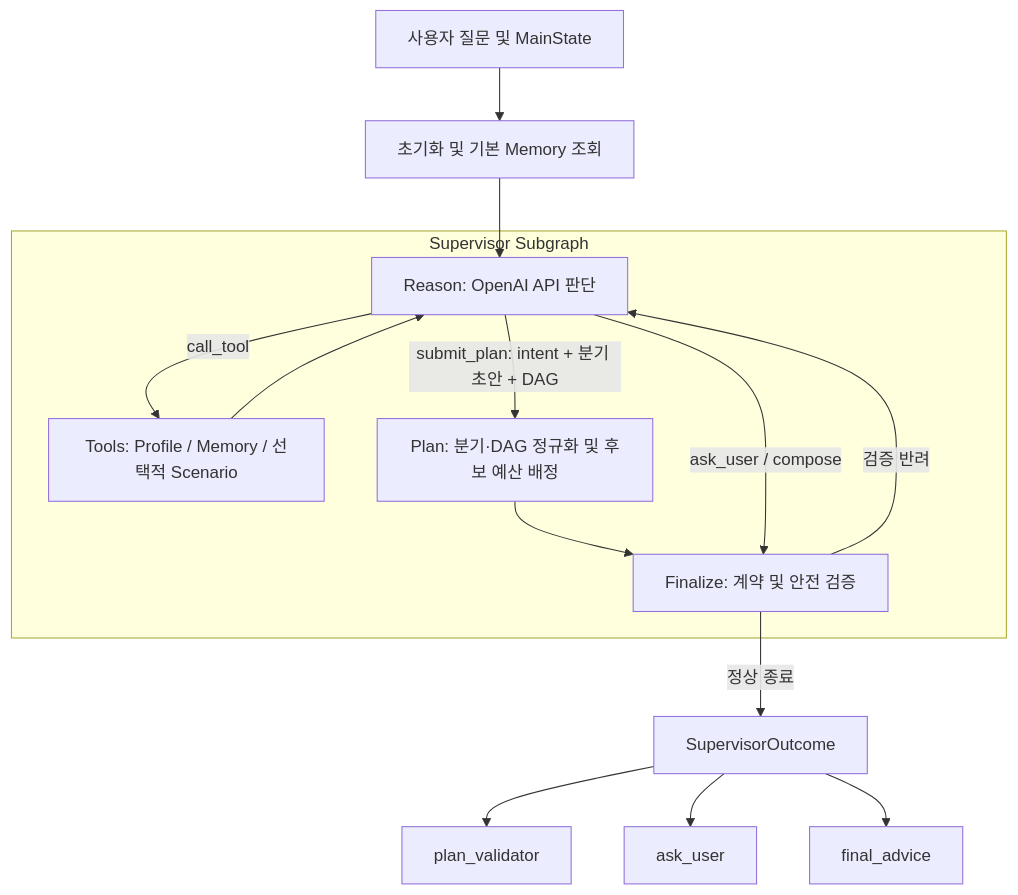
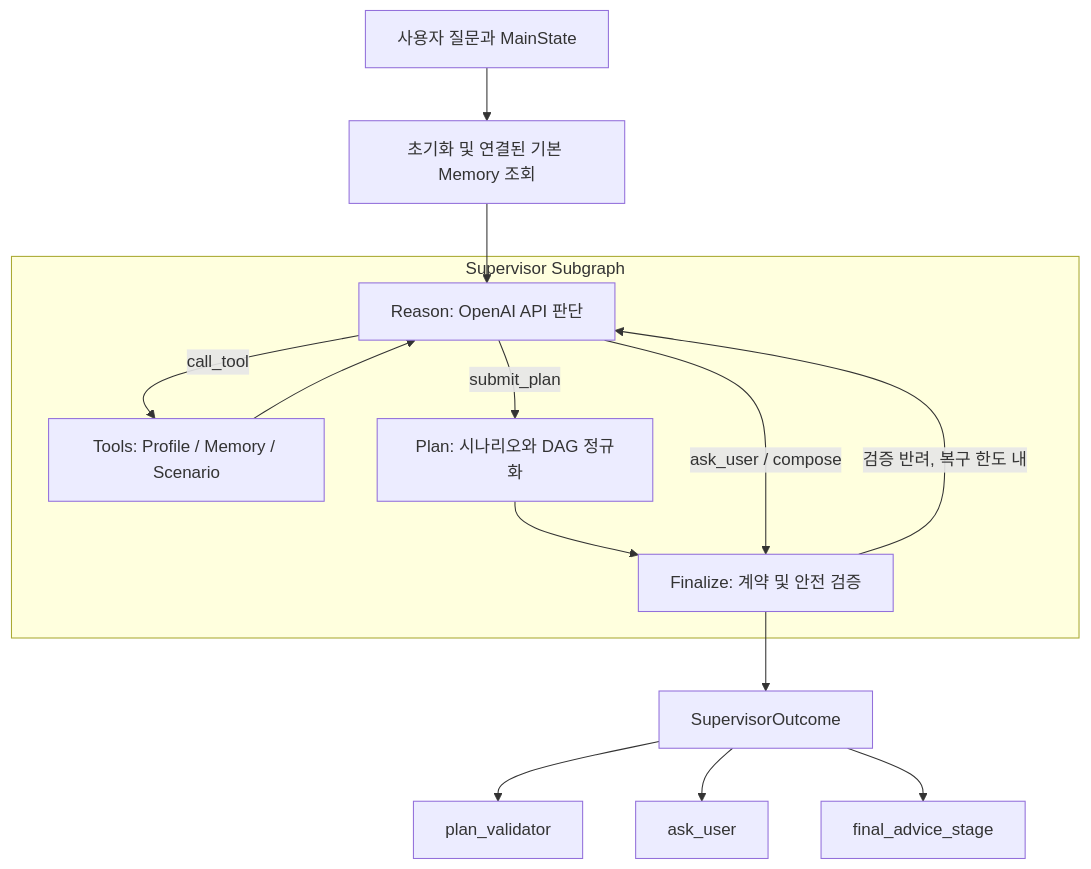
The diagram in docs/Supervisor_Developer_Guide.md (encore-ai-campus/mle-01-final-team1), drawn with Mermaid before and after one commit. The commit also changed other lines of this file and 9 other files, not shown here.

````diff
--- a/docs/Supervisor_Developer_Guide.md
+++ b/docs/Supervisor_Developer_Guide.md
@@ -37,17 +32,17 @@
 ```mermaid
 flowchart TD
-    A[사용자 질문 및 MainState] --> I[초기화 및 기본 Memory 조회]
+    A[사용자 질문과 MainState] --> I[초기화 및 연결된 기본 Memory 조회]
     I --> R[Reason: OpenAI API 판단]
     subgraph S[Supervisor Subgraph]
-        R -->|call_tool| T[Tools: Profile / Memory / 선택적 Scenario]
+        R -->|call_tool| T[Tools: Profile / Memory / Scenario]
         T --> R
-        R -->|submit_plan: intent + 분기 초안 + DAG| P[Plan: 분기·DAG 정규화 및 후보 예산 배정]
+        R -->|submit_plan| P[Plan: 시나리오와 DAG 정규화]
         P --> F[Finalize: 계약 및 안전 검증]
         R -->|ask_user / compose| F
-        F -->|검증 반려| R
+        F -->|검증 반려, 복구 한도 내| R
     end
-    F -->|정상 종료| O[SupervisorOutcome]
+    F --> O[SupervisorOutcome]
     O --> V[plan_validator]
     O --> Q[ask_user]
-    O --> C[final_advice]
+    O --> C[final_advice_stage]
 ```
````
